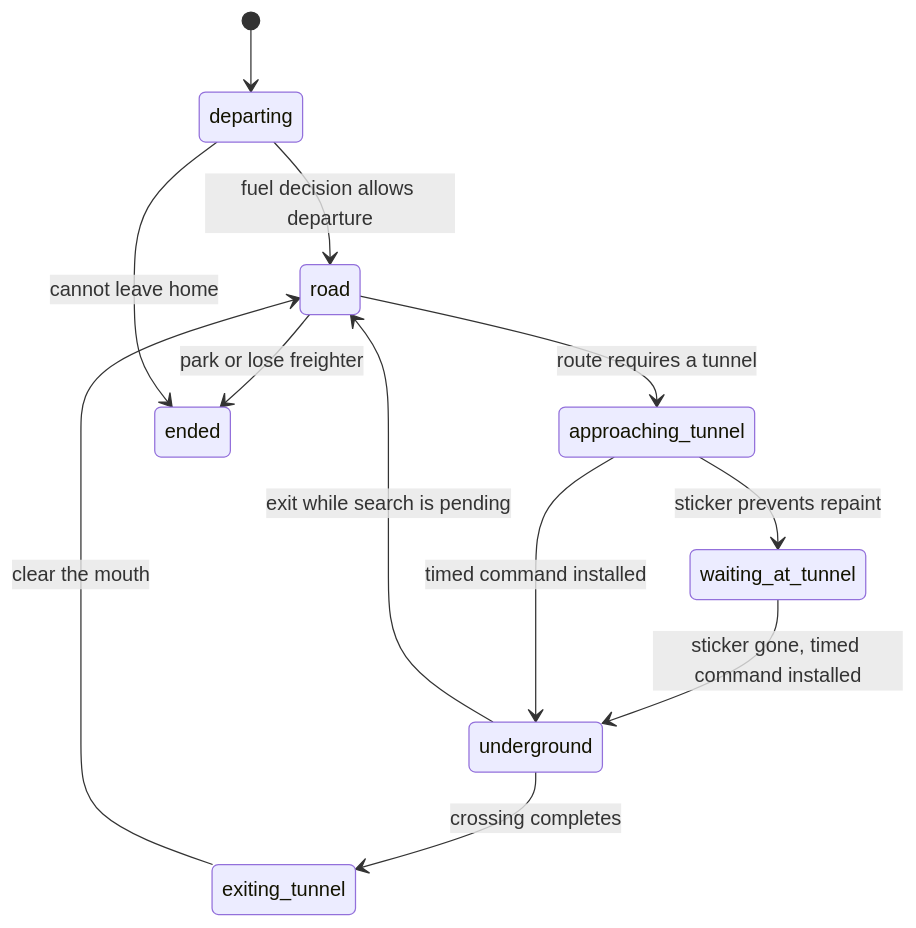
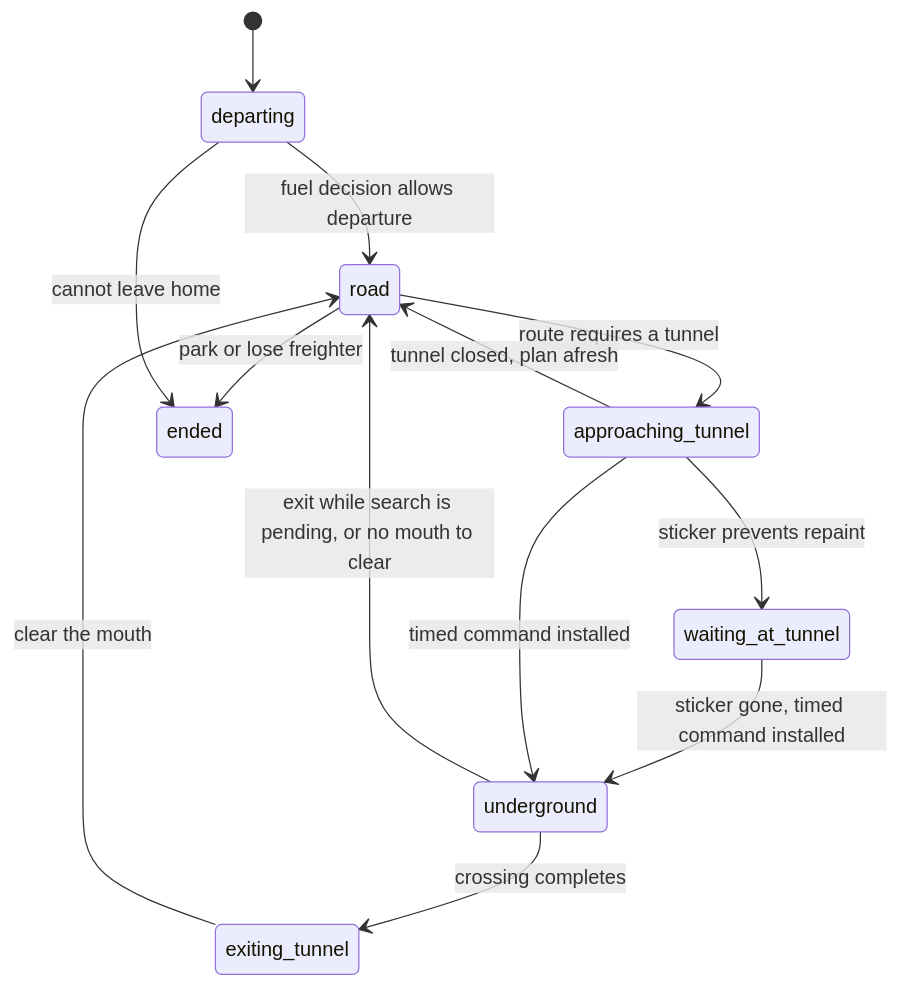
Before and after one commit to jatmn/jatz-distribution: the diagram in docs/runtime-state.md, drawn with Mermaid. The commit also changed other lines of this file and 36 other files, not shown here.

````diff
--- a/docs/runtime-state.md
+++ b/docs/runtime-state.md
@@ -35,14 +33,15 @@
 ```mermaid
 stateDiagram-v2
     [*] --> departing
     departing --> road: fuel decision allows departure
     road --> approaching_tunnel: route requires a tunnel
     approaching_tunnel --> waiting_at_tunnel: sticker prevents repaint
     waiting_at_tunnel --> underground: sticker gone, timed command installed
     approaching_tunnel --> underground: timed command installed
+    approaching_tunnel --> road: tunnel closed, plan afresh
     underground --> exiting_tunnel: crossing completes
-    underground --> road: exit while search is pending
+    underground --> road: exit while search is pending, or no mouth to clear
     exiting_tunnel --> road: clear the mouth
     road --> ended: park or lose freighter
     departing --> ended: cannot leave home
 ```
````
